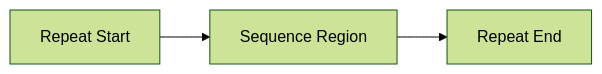
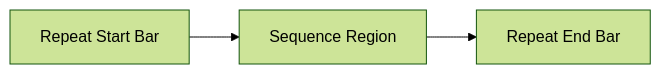
Before and after one commit to ruimo/klavier-core: the fifth of 8 diagrams in docs/repeat/structure.md, drawn with Mermaid (forest theme). The commit also changed other lines of this file and 16 other files, not shown here.

````diff
--- a/docs/repeat/structure.md
+++ b/docs/repeat/structure.md
@@ -59,4 +54,4 @@
 ``` mermaid
 graph LR
-  RS[Repeat Start] --> SE[Sequence Region] --> RE[Repeat End];
+  RS[Repeat Start Bar] --> SE[Sequence Region] --> RE[Repeat End Bar];
 ```
````
